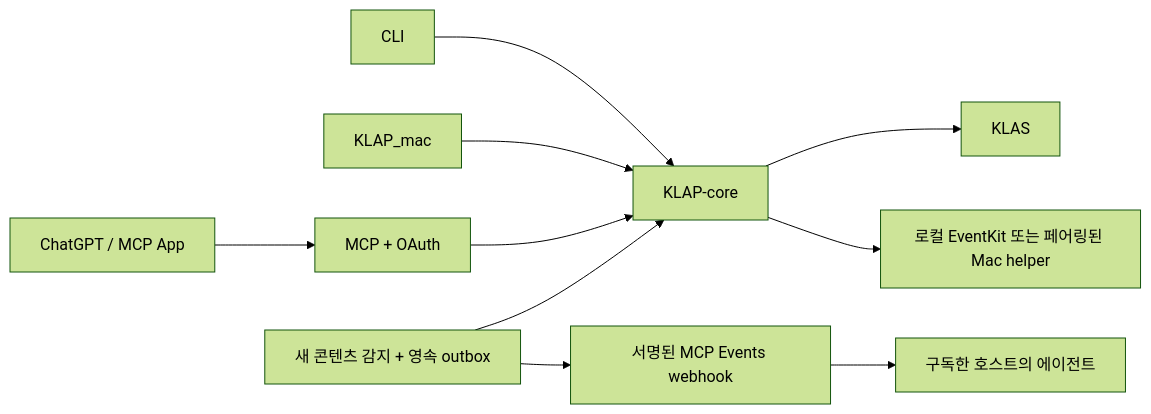
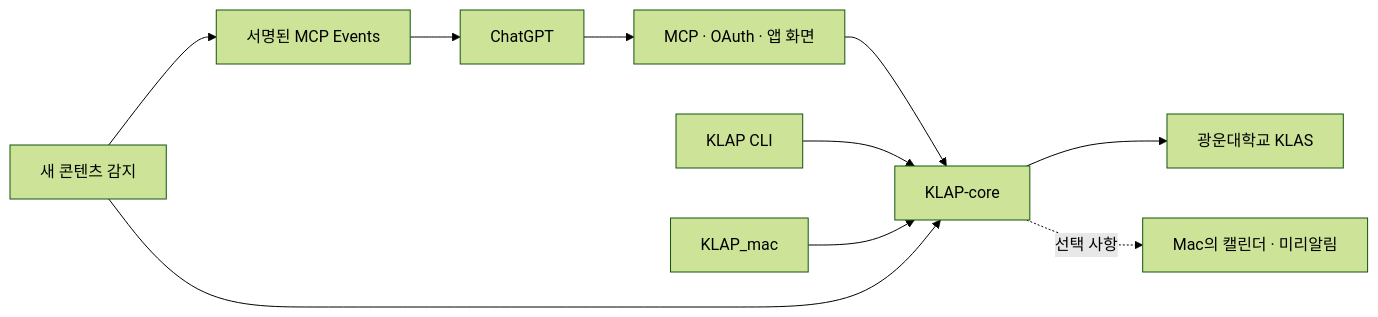
One commit to leehyowon14/KLAP-for-GPT changed the diagram in README.md. Above: the diagram before and after it, drawn with Mermaid (forest theme). The commit also changed other lines of this file, not shown here.

````diff
--- a/README.md
+++ b/README.md
@@ -9,12 +249,12 @@
 ```mermaid
 flowchart LR
-  CLI[CLI] --> Core[KLAP-core]
+  GPT[ChatGPT] --> API[MCP · OAuth · 앱 화면]
+  API --> Core[KLAP-core]
+  CLI[KLAP CLI] --> Core
   Mac[KLAP_mac] --> Core
-  GPT[ChatGPT / MCP App] --> MCP[MCP + OAuth]
-  MCP --> Core
-  Core --> KLAS[KLAS]
-  Events[새 콘텐츠 감지 + 영속 outbox] --> Core
-  Events --> Webhook[서명된 MCP Events webhook]
-  Webhook --> Agent[구독한 호스트의 에이전트]
-  Core --> Apple[로컬 EventKit 또는 페어링된 Mac helper]
+  Core --> KLAS[광운대학교 KLAS]
+  Events[새 콘텐츠 감지] --> Core
+  Events --> Webhook[서명된 MCP Events]
+  Webhook --> GPT
+  Core -. 선택 사항 .-> Apple[Mac의 캘린더 · 미리알림]
 ```
````
